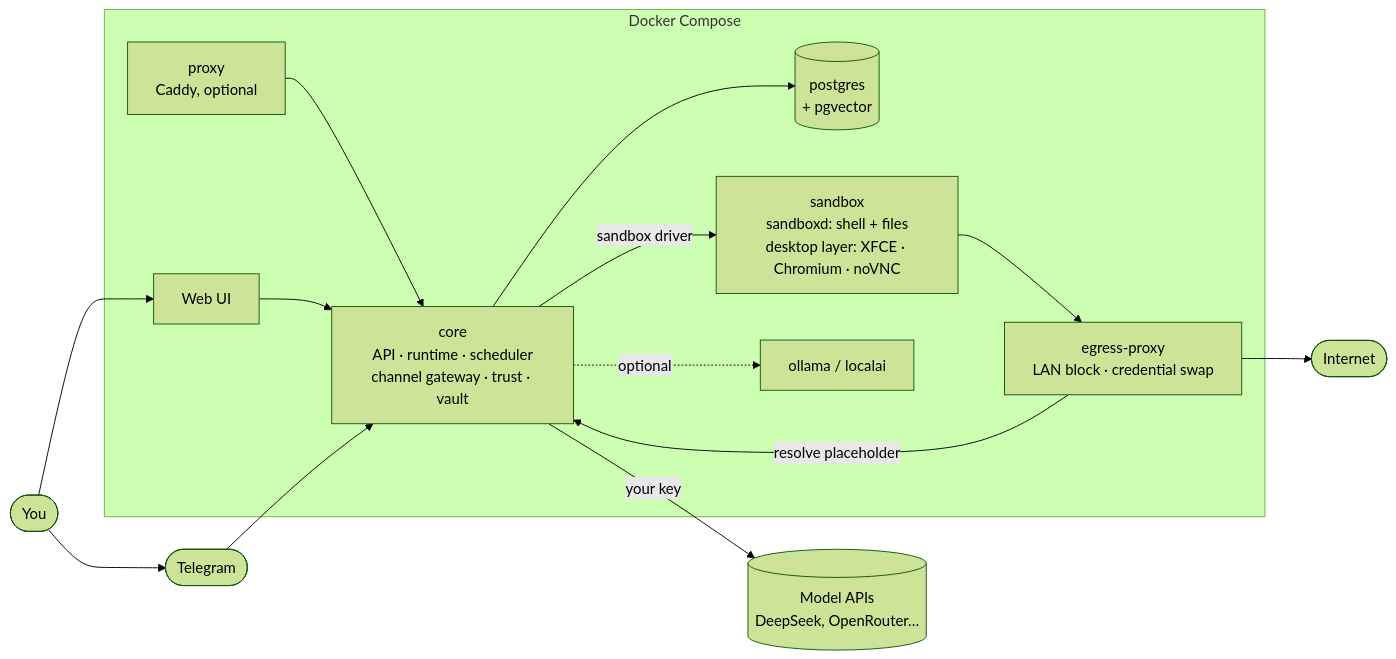
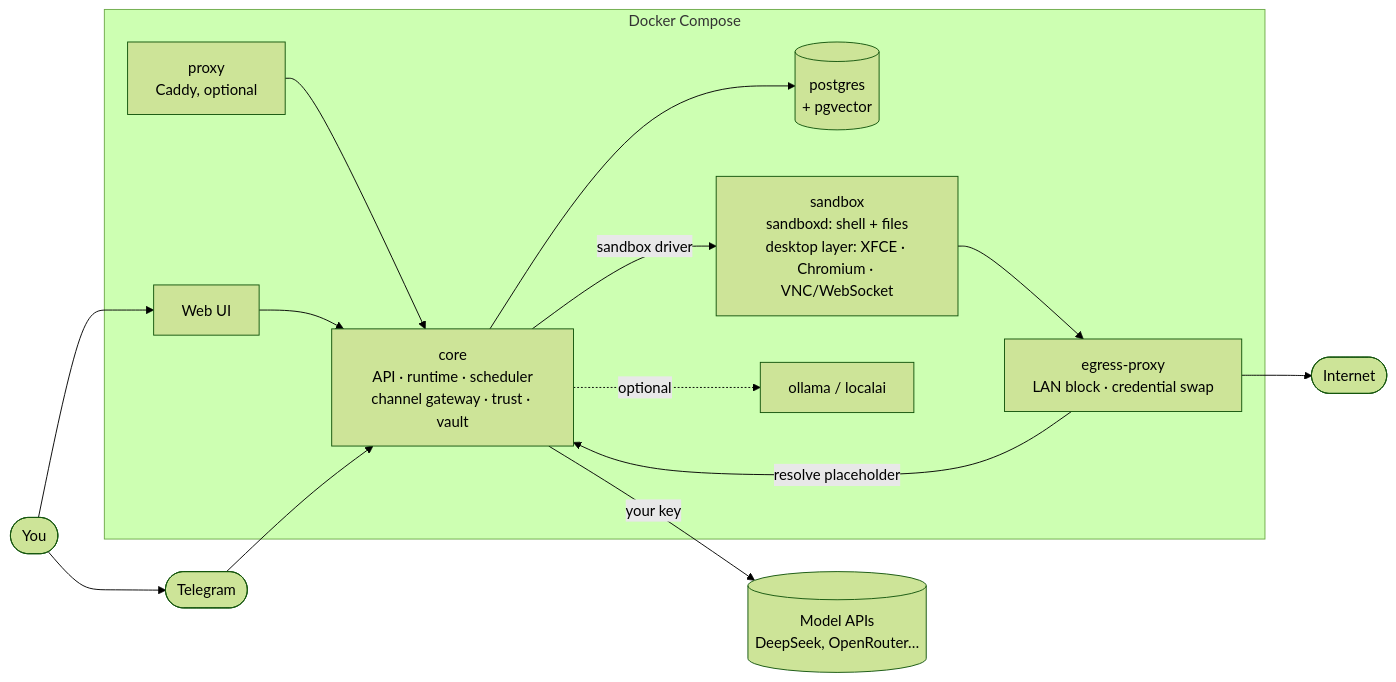
The first of 2 diagrams in docs/02-target-architecture.md (ggiraudon/shitsuji), drawn with Mermaid (forest theme) before and after one commit. The commit also changed other lines of this file and 4 other files, not shown here.

````diff
--- a/docs/02-target-architecture.md
+++ b/docs/02-target-architecture.md
@@ -93,19 +93,19 @@
 ```mermaid
 flowchart LR
   user([You]) --> web[Web UI]
   user --> tg([Telegram])
   subgraph compose[Docker Compose]
     proxy[proxy\nCaddy, optional] --> core
     web --> core
     core[core\nAPI · runtime · scheduler\nchannel gateway · trust · vault]
     core --> db[(postgres\n+ pgvector)]
-    core -- sandbox driver --> sb[sandbox\nsandboxd: shell + files\ndesktop layer: XFCE · Chromium · noVNC]
+    core -- sandbox driver --> sb[sandbox\nsandboxd: shell + files\ndesktop layer: XFCE · Chromium · VNC/WebSocket]
     core -. optional .-> llm[ollama / localai]
     sb --> eg[egress-proxy
 LAN block · credential swap]
     eg -- resolve placeholder --> core
   end
   tg --> core
   core -- your key --> api[(Model APIs\nDeepSeek, OpenRouter…)]
   eg --> internet([Internet])
 ```
````
